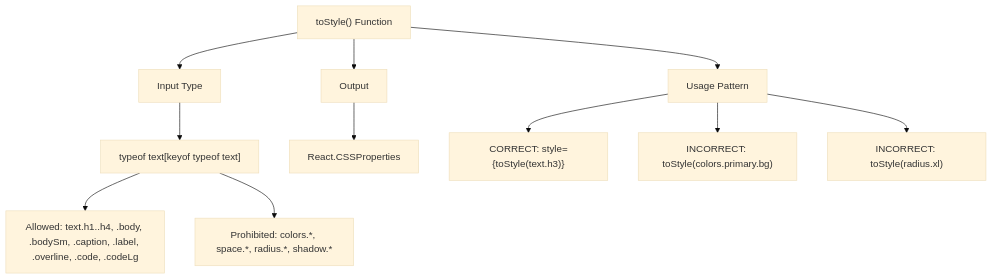
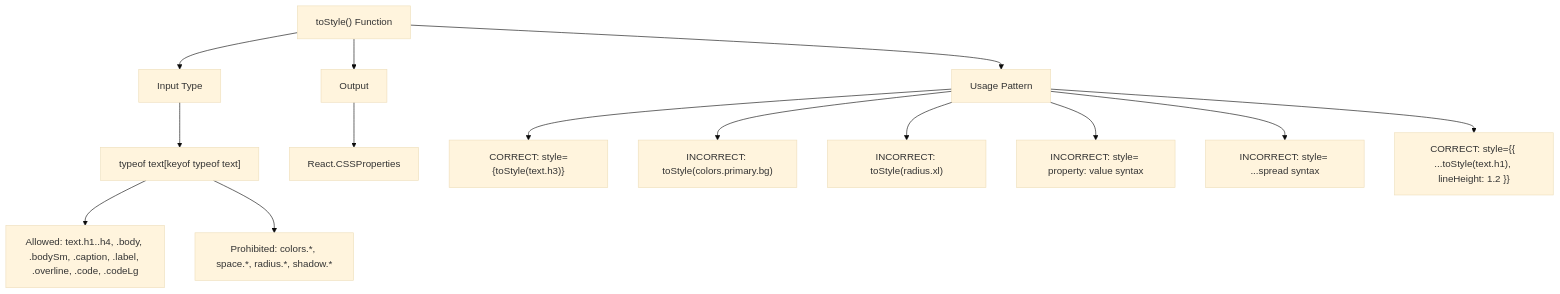
The tenth of 12 diagrams in .qoder/repowiki/en/content/AI Generation Engine/Core Generation Pipeline/Prompt Engineering & Context Injection.md (shekhargiri005-dotcom/AI-powered-accessibility-first-UI-engine), drawn with Mermaid (base theme) before and after one commit. The commit also changed other lines of this file and 8 other files, not shown here.

````diff
--- a/.qoder/repowiki/en/content/AI Generation Engine/Core Generation Pipeline/Prompt Engineering & Context Injection.md
+++ b/.qoder/repowiki/en/content/AI Generation Engine/Core Generation Pipeline/Prompt Engineering & Context Injection.md
@@ -479,13 +528,16 @@
 ```mermaid
 flowchart TD
 A["toStyle() Function"] --> B["Input Type"]
 B --> C["typeof text[keyof typeof text]"]
 C --> D["Allowed: text.h1..h4, .body, .bodySm, .caption, .label, .overline, .code, .codeLg"]
 C --> E["Prohibited: colors.*, space.*, radius.*, shadow.*"]
 A --> F["Output"]
 F --> G["React.CSSProperties"]
 A --> H["Usage Pattern"]
 H --> I["CORRECT: style={toStyle(text.h3)}"]
 H --> J["INCORRECT: toStyle(colors.primary.bg)"]
 H --> K["INCORRECT: toStyle(radius.xl)"]
+H --> L["INCORRECT: style= property: value syntax"]
+H --> M["INCORRECT: style= ...spread syntax"]
+H --> N["CORRECT: style={{ ...toStyle(text.h1), lineHeight: 1.2 }}"]
 ```
````
